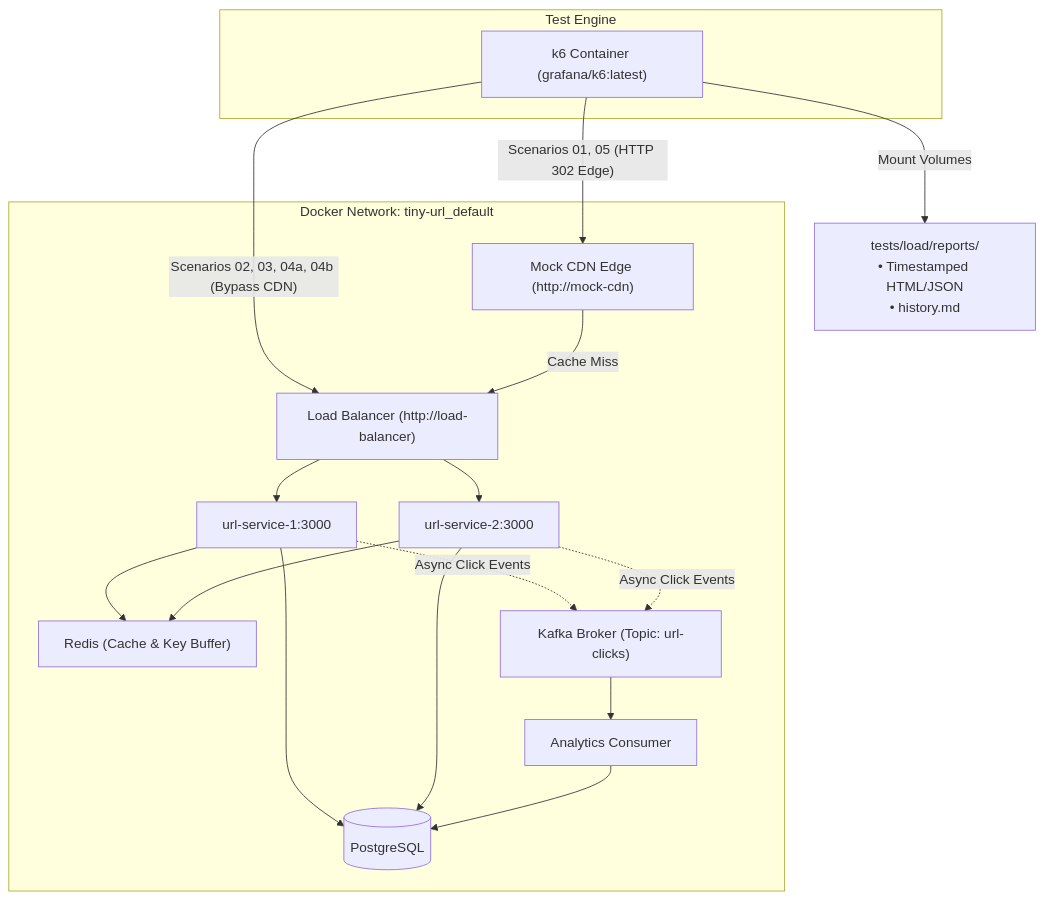
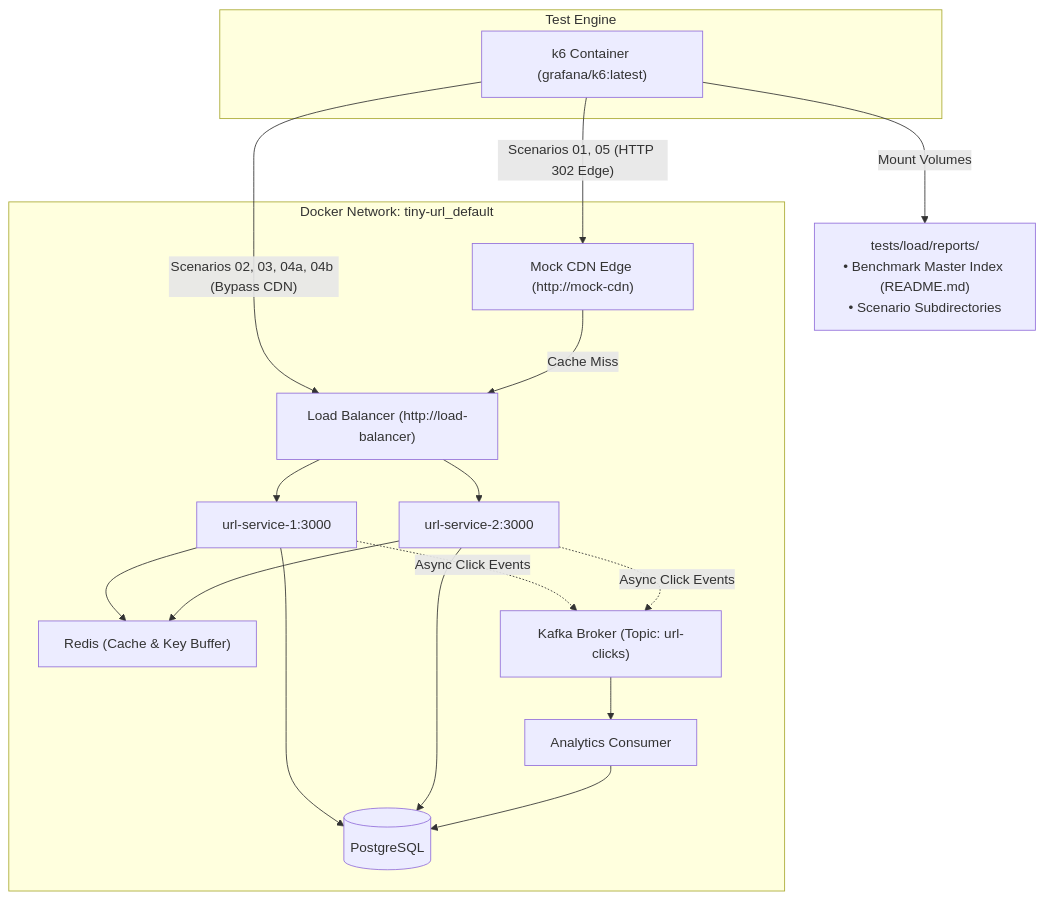
The diagram in tiny-url/tests/load/README.md (thienanle04/system-design-practices), drawn with Mermaid before and after one commit. The commit also changed other lines of this file and 23 other files, not shown here.

Commit message:
feat(tests): add wan emulation, deterministic resource profiling, and benchmark history tracking

````diff
--- a/tiny-url/tests/load/README.md
+++ b/tiny-url/tests/load/README.md
@@ -11,28 +11,28 @@
 ```mermaid
 flowchart TD
     subgraph Test Engine
         K6["k6 Container (grafana/k6:latest)"]
     end
 
     subgraph Docker Network: tiny-url_default
         CDN["Mock CDN Edge (http://mock-cdn)"]
         LB["Load Balancer (http://load-balancer)"]
         API1["url-service-1:3000"]
         API2["url-service-2:3000"]
         Redis["Redis (Cache & Key Buffer)"]
         Postgres[("PostgreSQL")]
         Kafka["Kafka Broker (Topic: url-clicks)"]
         Analytics["Analytics Consumer"]
     end
 
     K6 -- "Scenarios 01, 05 (HTTP 302 Edge)" --> CDN
     K6 -- "Scenarios 02, 03, 04a, 04b (Bypass CDN)" --> LB
     CDN -- "Cache Miss" --> LB
     LB --> API1 & API2
     API1 & API2 --> Redis
     API1 & API2 --> Postgres
     API1 & API2 -.->|"Async Click Events"| Kafka
     Kafka --> Analytics --> Postgres
 
-    K6 -- "Mount Volumes" --> Reports["tests/load/reports/<br/>• Timestamped HTML/JSON<br/>• history.md"]
+    K6 -- "Mount Volumes" --> Reports["tests/load/reports/<br/>• Benchmark Master Index (README.md)<br/>• Scenario Subdirectories"]
 ```
````
